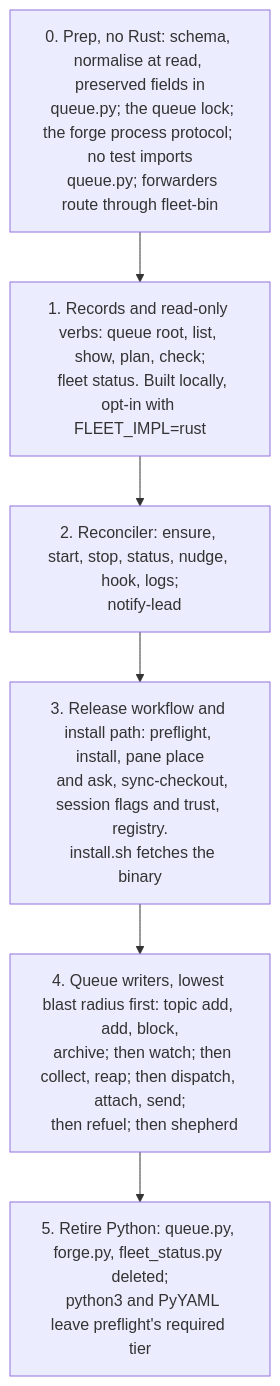
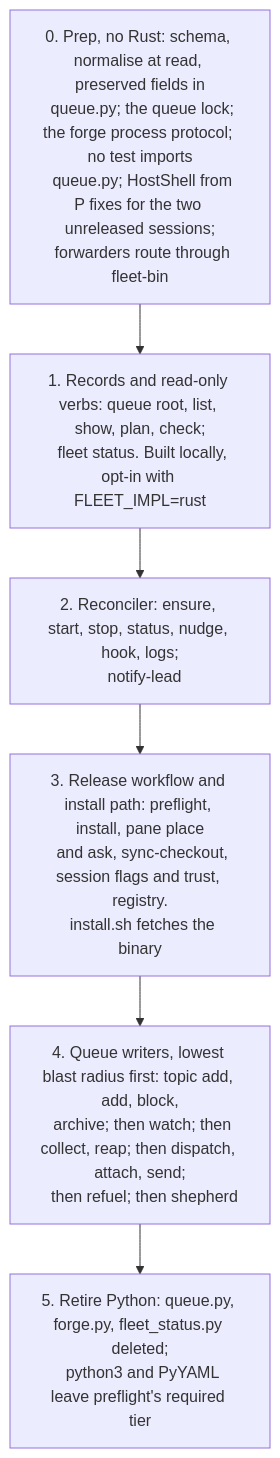
Before and after one commit to Thurbeen/fleet: the fourth of 4 diagrams in docs/design/rust-port.md, drawn with Mermaid. The commit also changed other lines of this file, not shown here.

````diff
--- a/docs/design/rust-port.md
+++ b/docs/design/rust-port.md
@@ -718,19 +793,20 @@
 ```mermaid
 flowchart TD
   P0["0. Prep, no Rust: schema, normalise at read, preserved fields in
   queue.py; the queue lock; the forge process protocol; no test imports
-  queue.py; forwarders route through fleet-bin"]
+  queue.py; HostShell from #80; fixes for the two unreleased sessions;
+  forwarders route through fleet-bin"]
   P1["1. Records and read-only verbs: queue root, list, show, plan, check;
   fleet status. Built locally, opt-in with FLEET_IMPL=rust"]
   P2["2. Reconciler: ensure, start, stop, status, nudge, hook, logs;
   notify-lead"]
   P3["3. Release workflow and install path: preflight, install, pane place
   and ask, sync-checkout, session flags and trust, registry.
   install.sh fetches the binary"]
   P4["4. Queue writers, lowest blast radius first: topic add, add, block,
   archive; then watch; then collect, reap; then dispatch, attach, send;
   then refuel; then shepherd"]
   P5["5. Retire Python: queue.py, forge.py, fleet_status.py deleted;
   python3 and PyYAML leave preflight's required tier"]
   P0 --> P1 --> P2 --> P3 --> P4 --> P5
 ```
````
